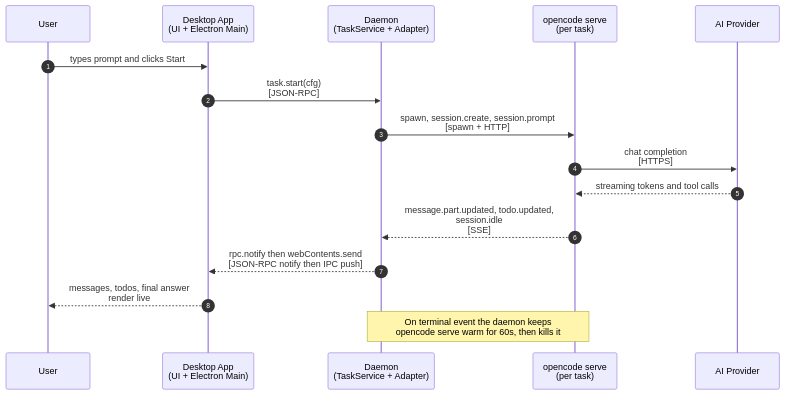
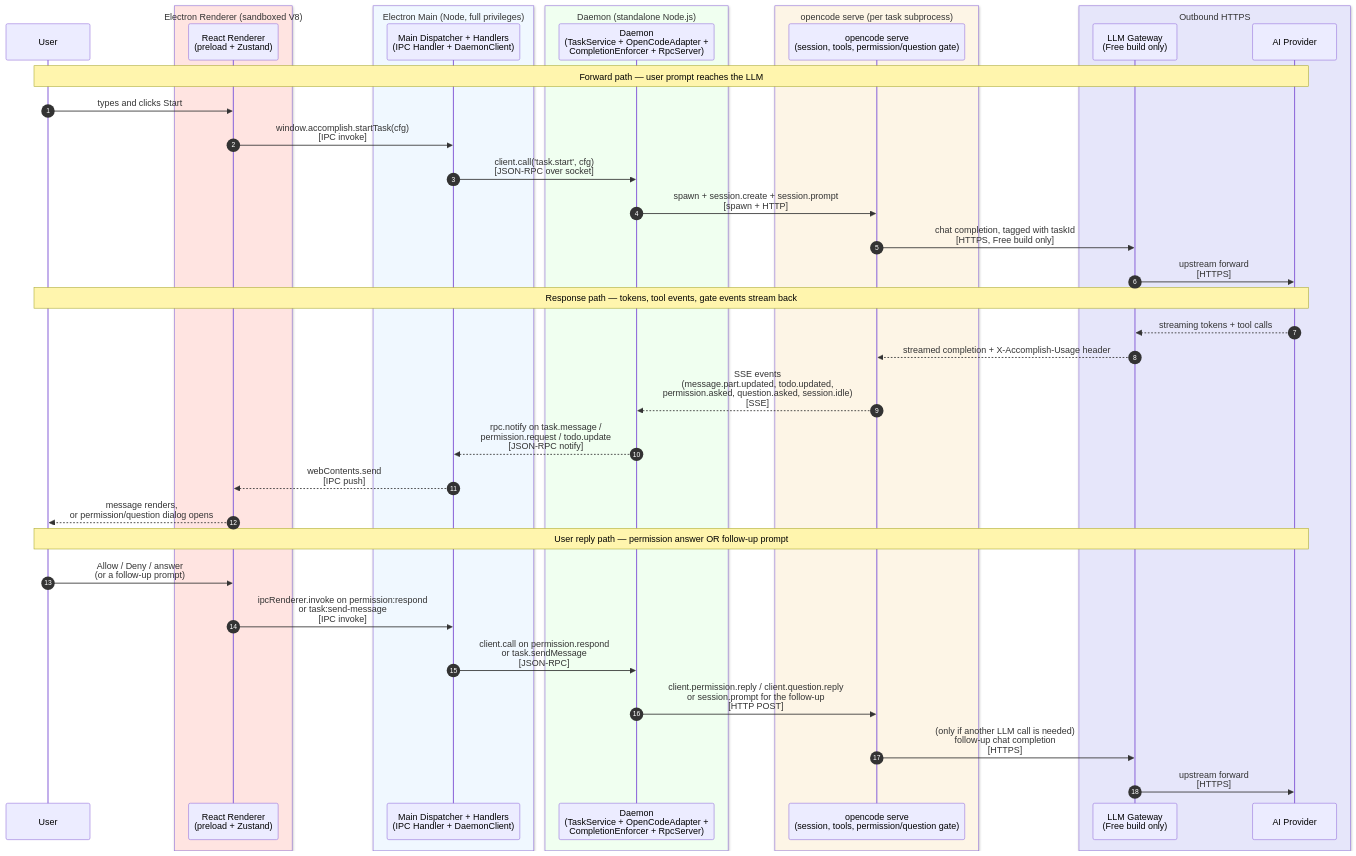
Before and after one commit to accomplish-ai/accomplish: the first of 10 diagrams in docs/functional-sequence-diagrams.md, drawn with Mermaid. The commit also changed other lines of this file and 46 other files, not shown here.

Commit message:
fix: remove desktop-control and dead permission ports

````diff
--- a/docs/functional-sequence-diagrams.md
+++ b/docs/functional-sequence-diagrams.md
@@ -30,19 +28,51 @@
 ```mermaid
 sequenceDiagram
     autonumber
+
     participant User
-    participant App as Desktop App<br/>(UI + Electron Main)
-    participant Daemon as Daemon<br/>(TaskService + Adapter)
-    participant OC as opencode serve<br/>(per task)
-    participant AI as AI Provider
 
-    User->>App: types prompt and clicks Start
-    App->>Daemon: task.start(cfg)<br/>[JSON-RPC]
-    Daemon->>OC: spawn, session.create, session.prompt<br/>[spawn + HTTP]
-    OC->>AI: chat completion<br/>[HTTPS]
-    AI-->>OC: streaming tokens and tool calls
-    OC-->>Daemon: message.part.updated, todo.updated,<br/>session.idle<br/>[SSE]
-    Daemon-->>App: rpc.notify then webContents.send<br/>[JSON-RPC notify then IPC push]
-    App-->>User: messages, todos, final answer<br/>render live
-    Note over Daemon,OC: On terminal event the daemon keeps<br/>opencode serve warm for 60s, then kills it
+    box mistyrose Electron Renderer (sandboxed V8)
+      participant R as React Renderer<br/>(preload + Zustand)
+    end
+
+    box aliceblue Electron Main (Node, full privileges)
+      participant M as Main Dispatcher + Handlers<br/>(IPC Handler + DaemonClient)
+    end
+
+    box honeydew Daemon (standalone Node.js)
+      participant D as Daemon<br/>(TaskService + OpenCodeAdapter +<br/>CompletionEnforcer + RpcServer)
+    end
+
+    box oldlace opencode serve (per task subprocess)
+      participant OC as opencode serve<br/>(session, tools, permission/question gate)
+    end
+
+    box lavender Outbound HTTPS
+      participant GW as LLM Gateway<br/>(Free build only)
+      participant LLM as AI Provider
+    end
+
+    Note over User,LLM: Forward path — user prompt reaches the LLM
+    User->>R: types and clicks Start
+    R->>M: window.accomplish.startTask(cfg)<br/>[IPC invoke]
+    M->>D: client.call('task.start', cfg)<br/>[JSON-RPC over socket]
+    D->>OC: spawn + session.create + session.prompt<br/>[spawn + HTTP]
+    OC->>GW: chat completion, tagged with taskId<br/>[HTTPS, Free build only]
+    GW->>LLM: upstream forward<br/>[HTTPS]
+
+    Note over User,LLM: Response path — tokens, tool events, gate events stream back
+    LLM-->>GW: streaming tokens + tool calls
+    GW-->>OC: streamed completion + X-Accomplish-Usage header
+    OC-->>D: SSE events<br/>(message.part.updated, todo.updated,<br/>permission.asked, question.asked, session.idle)<br/>[SSE]
+    D-->>M: rpc.notify on task.message /<br/>permission.request / todo.update<br/>[JSON-RPC notify]
+    M-->>R: webContents.send<br/>[IPC push]
+    R-->>User: message renders,<br/>or permission/question dialog opens
+
+    Note over User,LLM: User reply path — permission answer OR follow-up prompt
+    User->>R: Allow / Deny / answer<br/>(or a follow-up prompt)
+    R->>M: ipcRenderer.invoke on permission:respond<br/>or task:send-message<br/>[IPC invoke]
+    M->>D: client.call on permission.respond<br/>or task.sendMessage<br/>[JSON-RPC]
+    D->>OC: client.permission.reply / client.question.reply<br/>or session.prompt for the follow-up<br/>[HTTP POST]
+    OC->>GW: (only if another LLM call is needed)<br/>follow-up chat completion<br/>[HTTPS]
+    GW->>LLM: upstream forward<br/>[HTTPS]
 ```
````
